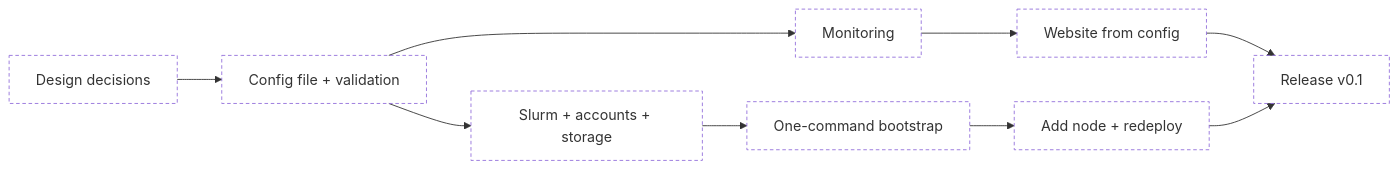
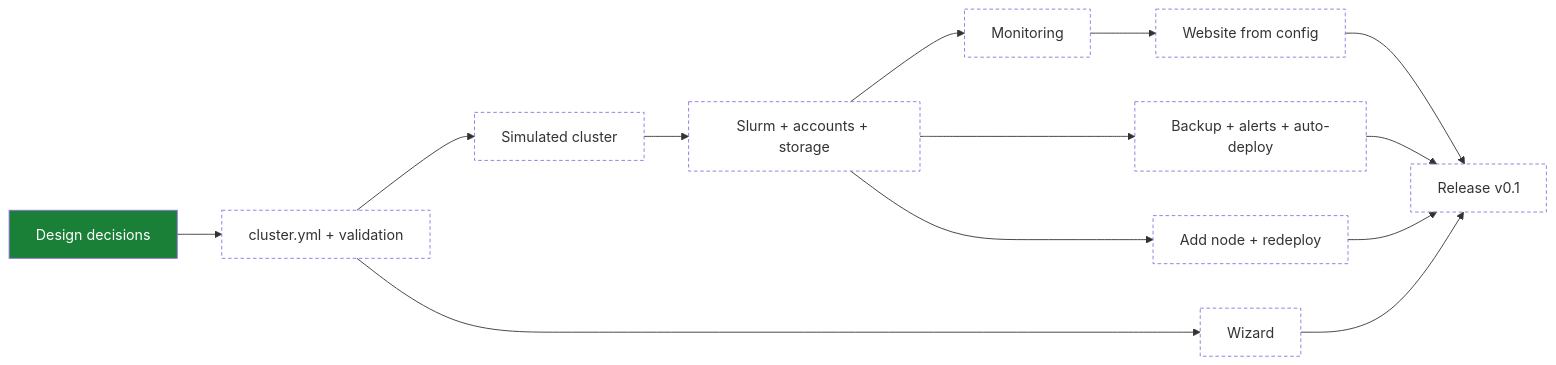
Before and after one commit to enajx/nanoHPC: the diagram in TODO.md, drawn with Mermaid. The commit also changed other lines of this file and 5 other files, not shown here.

First line of the commit message:
Record the agreed design decisions for porting SLURM-REAL

````diff
--- a/TODO.md
+++ b/TODO.md
@@ -9,15 +11,19 @@
 ```mermaid
 flowchart LR
   classDef done fill:#1a7f37,color:#fff
   classDef wip fill:#d4a72c,color:#000
   classDef queued fill:none,stroke-dasharray:4 3
 
-  D[Design decisions]:::queued --> C[Config file + validation]:::queued
-  C --> S[Slurm + accounts + storage]:::queued
-  C --> M[Monitoring]:::queued
-  S --> B[One-command bootstrap]:::queued
+  D[Design decisions]:::done --> C[cluster.yml + validation]:::queued
+  C --> SIM[Simulated cluster]:::queued
+  SIM --> S[Slurm + accounts + storage]:::queued
+  S --> M[Monitoring]:::queued
   M --> W[Website from config]:::queued
-  B --> N[Add node + redeploy]:::queued
+  S --> BK[Backup + alerts + auto-deploy]:::queued
+  C --> WZ[Wizard]:::queued
+  S --> N[Add node + redeploy]:::queued
   W --> R[Release v0.1]:::queued
+  BK --> R
+  WZ --> R
   N --> R
 ```
````
